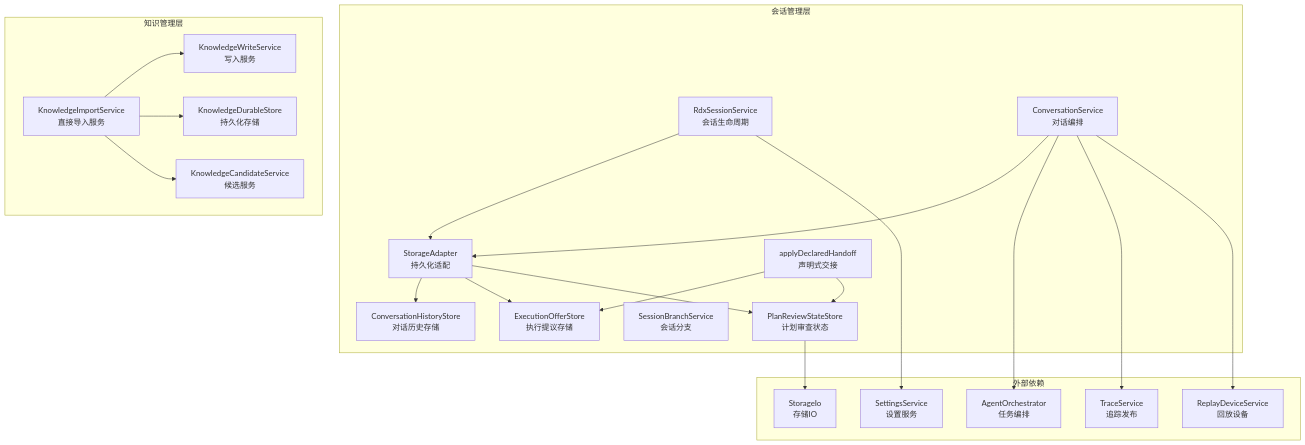
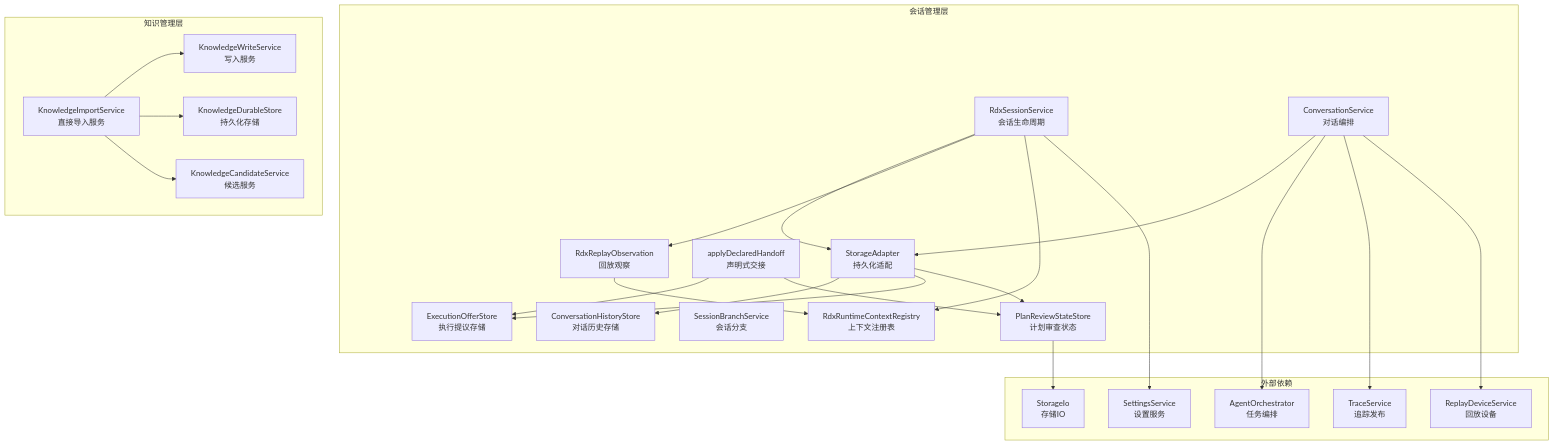
One commit to haolange/RDC-Agent changed the first of 9 diagrams in .qoder/repowiki/zh/content/核心模块/会话管理系统/会话管理系统.md. Above: the diagram before and after it, drawn with Mermaid. The commit also changed other lines of this file and 85 other files, not shown here.

````diff
--- a/.qoder/repowiki/zh/content/核心模块/会话管理系统/会话管理系统.md
+++ b/.qoder/repowiki/zh/content/核心模块/会话管理系统/会话管理系统.md
@@ -62,41 +67,46 @@
 ```mermaid
 graph TB
 subgraph "会话管理层"
 A["RdxSessionService<br/>会话生命周期"]
 B["ConversationService<br/>对话编排"]
 C["StorageAdapter<br/>持久化适配"]
 D["applyDeclaredHandoff<br/>声明式交接"]
 E["ExecutionOfferStore<br/>执行提议存储"]
 F["ConversationHistoryStore<br/>对话历史存储"]
 G["SessionBranchService<br/>会话分支"]
 H["PlanReviewStateStore<br/>计划审查状态"]
+I["RdxReplayObservation<br/>回放观察"]
+J["RdxRuntimeContextRegistry<br/>上下文注册表"]
 end
 subgraph "知识管理层"
-I["KnowledgeImportService<br/>直接导入服务"]
-J["KnowledgeWriteService<br/>写入服务"]
-K["KnowledgeCandidateService<br/>候选服务"]
-L["KnowledgeDurableStore<br/>持久化存储"]
+K["KnowledgeImportService<br/>直接导入服务"]
+L["KnowledgeWriteService<br/>写入服务"]
+M["KnowledgeCandidateService<br/>候选服务"]
+N["KnowledgeDurableStore<br/>持久化存储"]
 end
 subgraph "外部依赖"
-M["AgentOrchestrator<br/>任务编排"]
-N["TraceService<br/>追踪发布"]
-O["ReplayDeviceService<br/>回放设备"]
-P["SettingsService<br/>设置服务"]
-Q["StorageIo<br/>存储IO"]
+O["AgentOrchestrator<br/>任务编排"]
+P["TraceService<br/>追踪发布"]
+Q["ReplayDeviceService<br/>回放设备"]
+R["SettingsService<br/>设置服务"]
+S["StorageIo<br/>存储IO"]
 end
 A --> C
+A --> I
+A --> J
 B --> C
-B --> M
-B --> N
+B --> O
+B --> P
 C --> F
 C --> E
 C --> H
-B --> O
-A --> P
-H --> Q
+B --> Q
+A --> R
+H --> S
 D --> E
 D --> H
+K --> L
+K --> N
+K --> M
 I --> J
-I --> L
-I --> K
 ```
````
